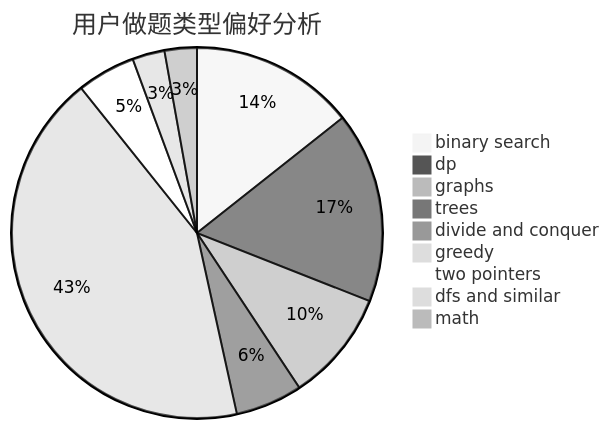
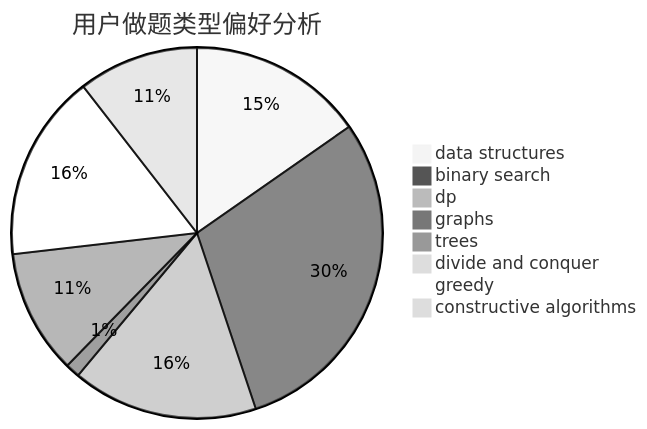
Before and after one commit to sherpahu/cfrs.github.io: the second of 3 diagrams in docs/user/u702.md, drawn with Mermaid (neutral theme). The commit also changed other lines of this file and 2775 other files, not shown here.

````diff
--- a/docs/user/u702.md
+++ b/docs/user/u702.md
@@ -23,12 +23,11 @@
 ```mermaid
 pie title 用户做题类型偏好分析
-    "binary search" :  270
-    "dp" :  313
-    "graphs" :  183
-    "trees" :  110
-    "divide and conquer" :  8
-    "greedy" :  804
-    "two pointers" :  96
-    "dfs and similar" :  53
-    "math" :  53
+    "data structures" :  134
+    "binary search" :  259
+    "dp" :  142
+    "graphs" :  11
+    "trees" :  95
+    "divide and conquer" :  0
+    "greedy" :  143
+    "constructive algorithms" :  92
 ```
````
